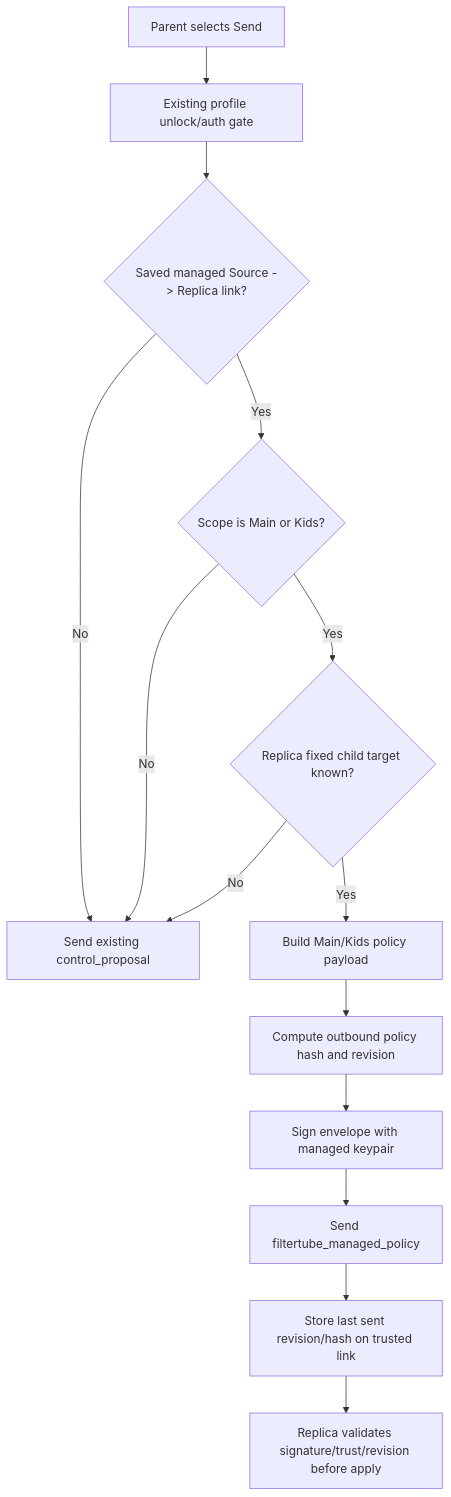
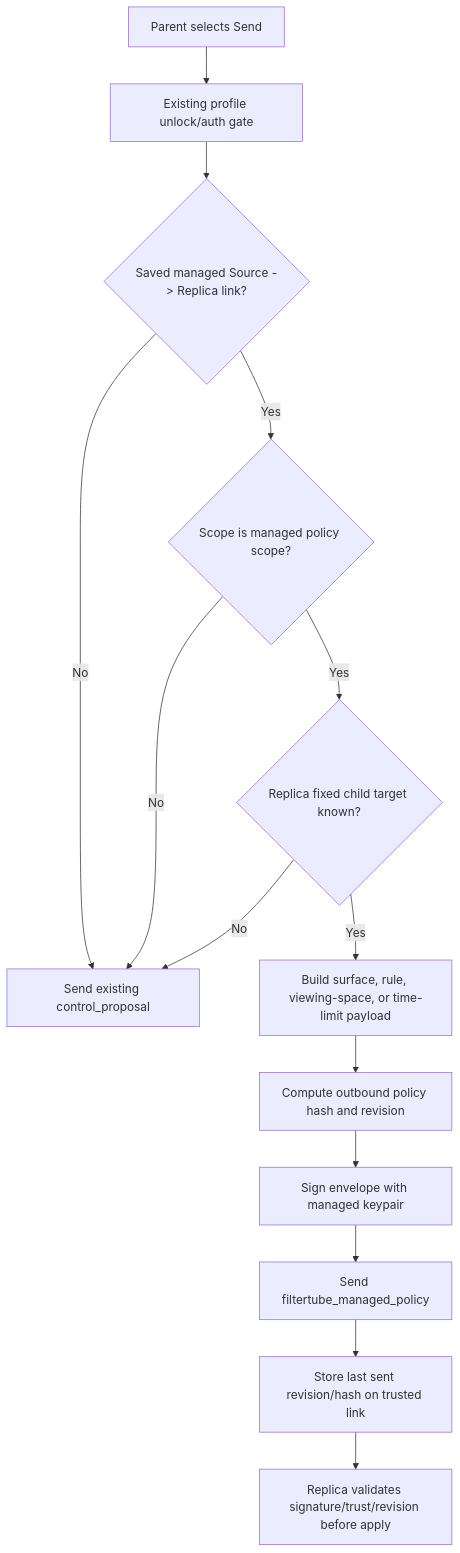
One commit to varshneydevansh/FilterTube changed the diagram in docs/audit/FILTERTUBE_NANAH_MANAGED_LIVE_SIGNED_SEND_2026-06-04.md. Above: the diagram before and after it, drawn with Mermaid. The commit also changed other lines of this file and 51 other files, not shown here.

````diff
--- a/docs/audit/FILTERTUBE_NANAH_MANAGED_LIVE_SIGNED_SEND_2026-06-04.md
+++ b/docs/audit/FILTERTUBE_NANAH_MANAGED_LIVE_SIGNED_SEND_2026-06-04.md
@@ -35,16 +37,16 @@
 ```mermaid
 flowchart TD
   A["Parent selects Send"] --> B["Existing profile unlock/auth gate"]
   B --> C{"Saved managed Source -> Replica link?"}
   C -->|No| D["Send existing control_proposal"]
-  C -->|Yes| E{"Scope is Main or Kids?"}
+  C -->|Yes| E{"Scope is managed policy scope?"}
   E -->|No| D
   E -->|Yes| F{"Replica fixed child target known?"}
   F -->|No| D
-  F -->|Yes| G["Build Main/Kids policy payload"]
+  F -->|Yes| G["Build surface, rule, viewing-space, or time-limit payload"]
   G --> H["Compute outbound policy hash and revision"]
   H --> I["Sign envelope with managed keypair"]
   I --> J["Send filtertube_managed_policy"]
   J --> K["Store last sent revision/hash on trusted link"]
   K --> L["Replica validates signature/trust/revision before apply"]
 ```
````
